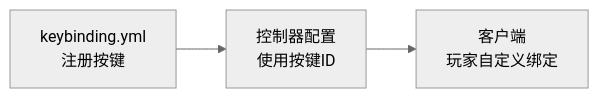
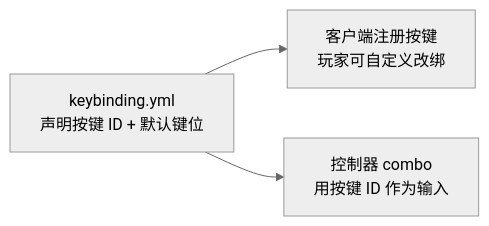
Before and after one commit to 17Artist/ArcartX-Wiki: the diagram in content/docs/chronos/6_key.mdx, drawn with Mermaid (neutral theme). The commit also changed other lines of this file and 26 other files, not shown here.

````diff
--- a/content/docs/chronos/6_key.mdx
+++ b/content/docs/chronos/6_key.mdx
@@ -15,5 +20,5 @@
 ```mermaid
 flowchart LR
-    A["keybinding.yml<br/>注册按键"] --> B["控制器配置<br/>使用按键ID"]
-    B --> C["客户端<br/>玩家自定义绑定"]
+    A["keybinding.yml<br/>声明按键 ID + 默认键位"] --> B["客户端注册按键<br/>玩家可自定义改绑"]
+    A --> C["控制器 combo<br/>用按键 ID 作为输入"]
 ```
````
